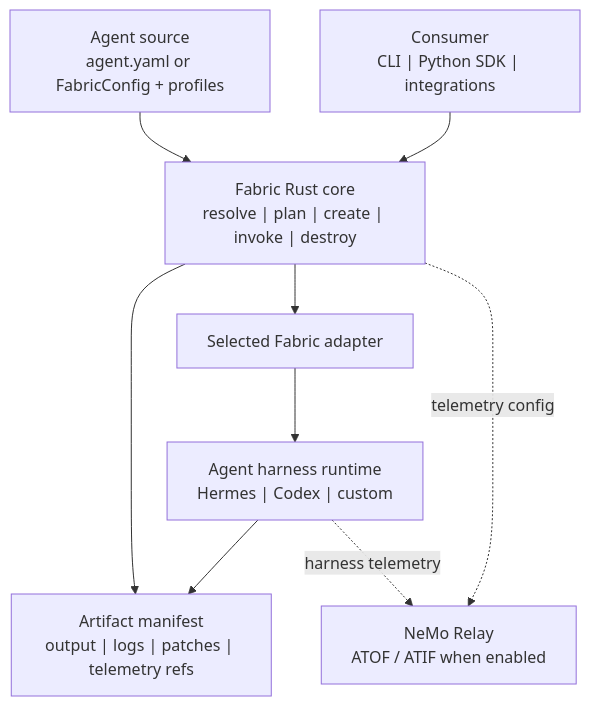
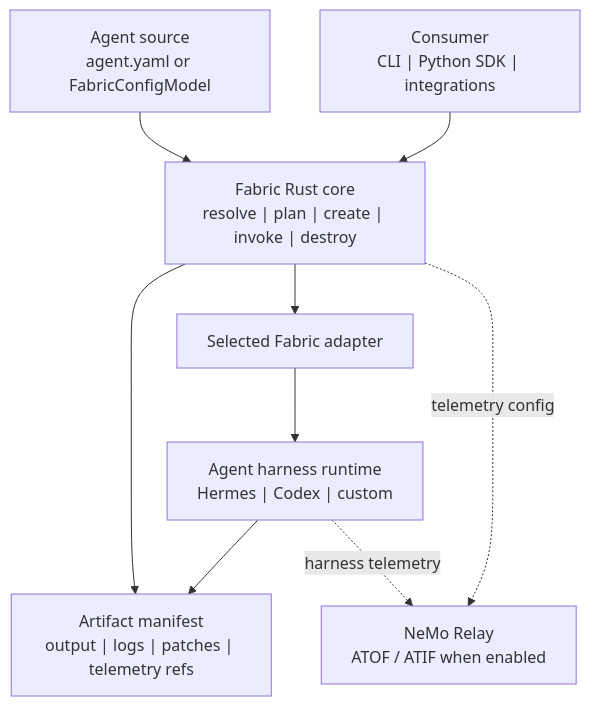
One commit to NVIDIA/NeMo-Fabric changed the diagram in README.md. Above: the diagram before and after it, drawn with Mermaid. The commit also changed other lines of this file and 18 other files, not shown here.

````diff
--- a/README.md
+++ b/README.md
@@ -30,19 +30,19 @@
 ```mermaid
 flowchart TB
   Consumer["Consumer\nCLI | Python SDK | integrations"]
-  Config["Agent source\nagent.yaml or FabricConfig + profiles"]
+  Config["Agent source\nagent.yaml or FabricConfigModel"]
   Core["Fabric Rust core\nresolve | plan | create | invoke | destroy"]
   Adapter["Selected Fabric adapter"]
   Harness["Agent harness runtime\nHermes | Codex | custom"]
   Artifacts["Artifact manifest\noutput | logs | patches | telemetry refs"]
   Relay["NeMo Relay\nATOF / ATIF when enabled"]
 
   Consumer --> Core
   Config --> Core
   Core --> Adapter
   Adapter --> Harness
   Harness --> Artifacts
   Core --> Artifacts
   Core -. telemetry config .-> Relay
   Harness -. harness telemetry .-> Relay
 ```
````
